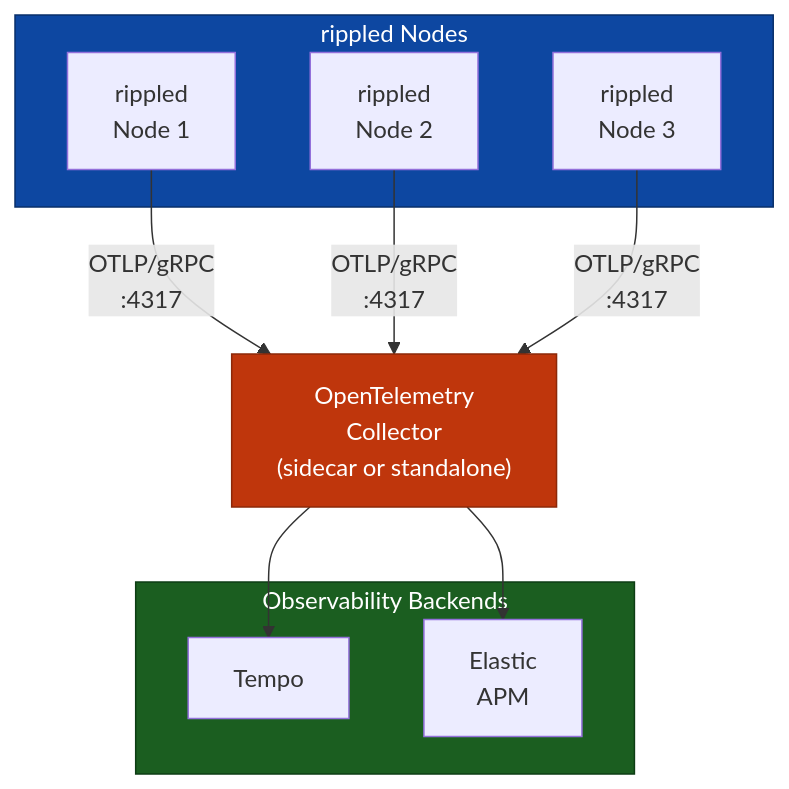
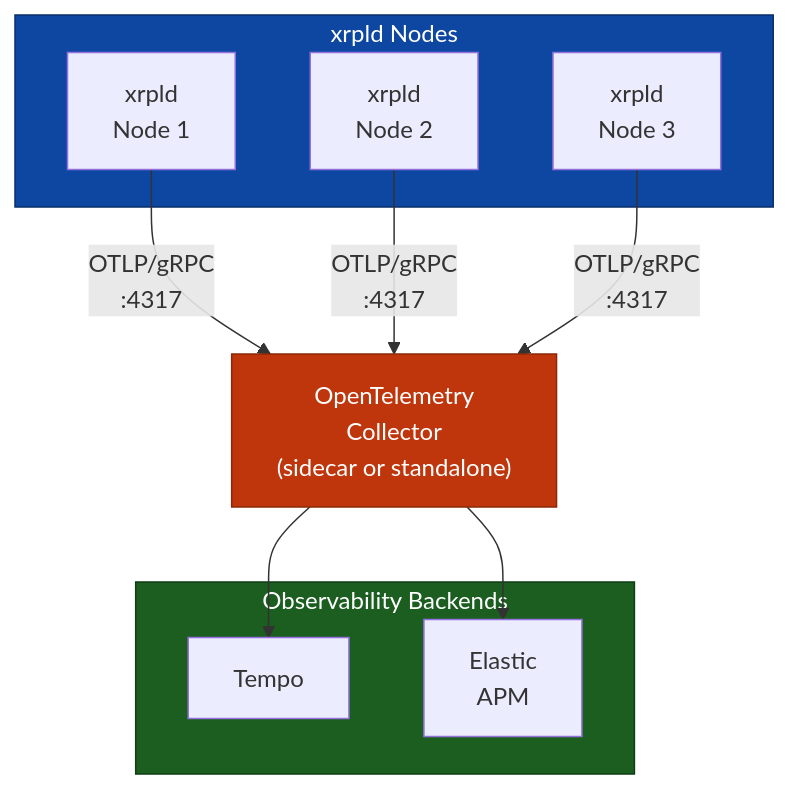
Before and after one commit to XRPLF/rippled: the first of 3 diagrams in OpenTelemetryPlan/02-design-decisions.md, drawn with Mermaid. The commit also changed other lines of this file and 10 other files, not shown here.

````diff
--- a/OpenTelemetryPlan/02-design-decisions.md
+++ b/OpenTelemetryPlan/02-design-decisions.md
@@ -39,26 +39,26 @@
 ```mermaid
 flowchart TB
-    subgraph nodes["rippled Nodes"]
-        node1["rippled<br/>Node 1"]
-        node2["rippled<br/>Node 2"]
-        node3["rippled<br/>Node 3"]
+    subgraph nodes["xrpld Nodes"]
+        node1["xrpld<br/>Node 1"]
+        node2["xrpld<br/>Node 2"]
+        node3["xrpld<br/>Node 3"]
     end
 
     collector["OpenTelemetry<br/>Collector<br/>(sidecar or standalone)"]
 
     subgraph backends["Observability Backends"]
         tempo["Tempo"]
         elastic["Elastic<br/>APM"]
     end
 
     node1 -->|"OTLP/gRPC<br/>:4317"| collector
     node2 -->|"OTLP/gRPC<br/>:4317"| collector
     node3 -->|"OTLP/gRPC<br/>:4317"| collector
 
     collector --> tempo
     collector --> elastic
 
     style nodes fill:#0d47a1,stroke:#082f6a,color:#ffffff
     style backends fill:#1b5e20,stroke:#0d3d14,color:#ffffff
     style collector fill:#bf360c,stroke:#8c2809,color:#ffffff
 ```
````
